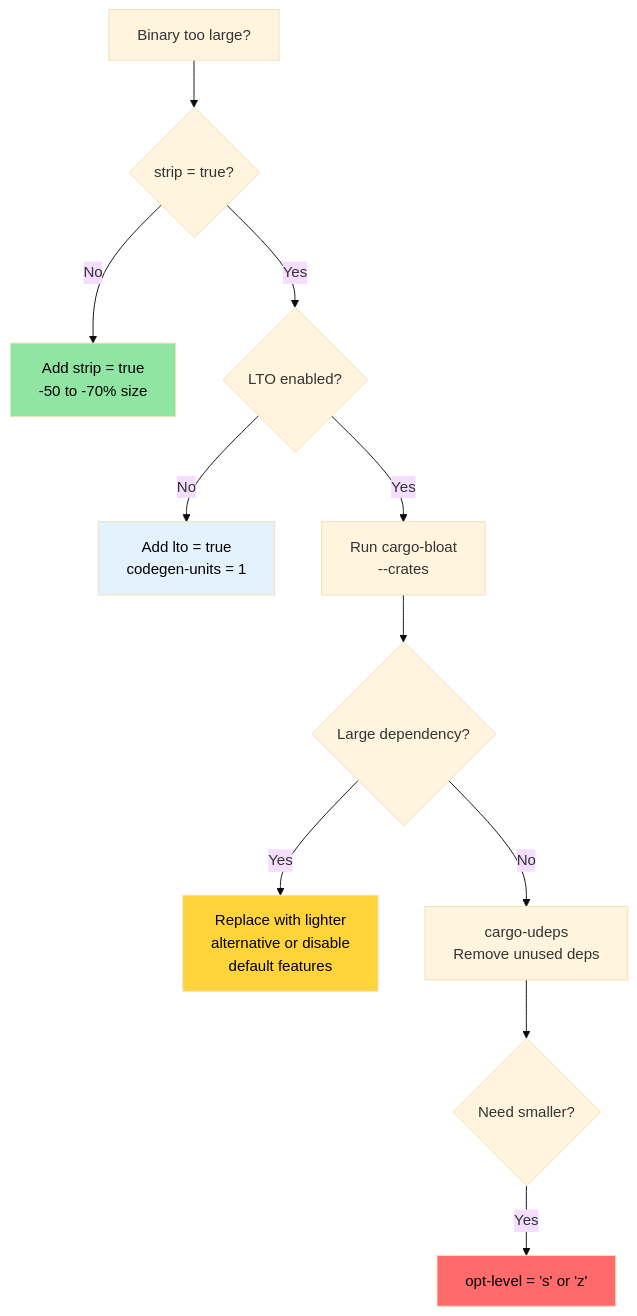
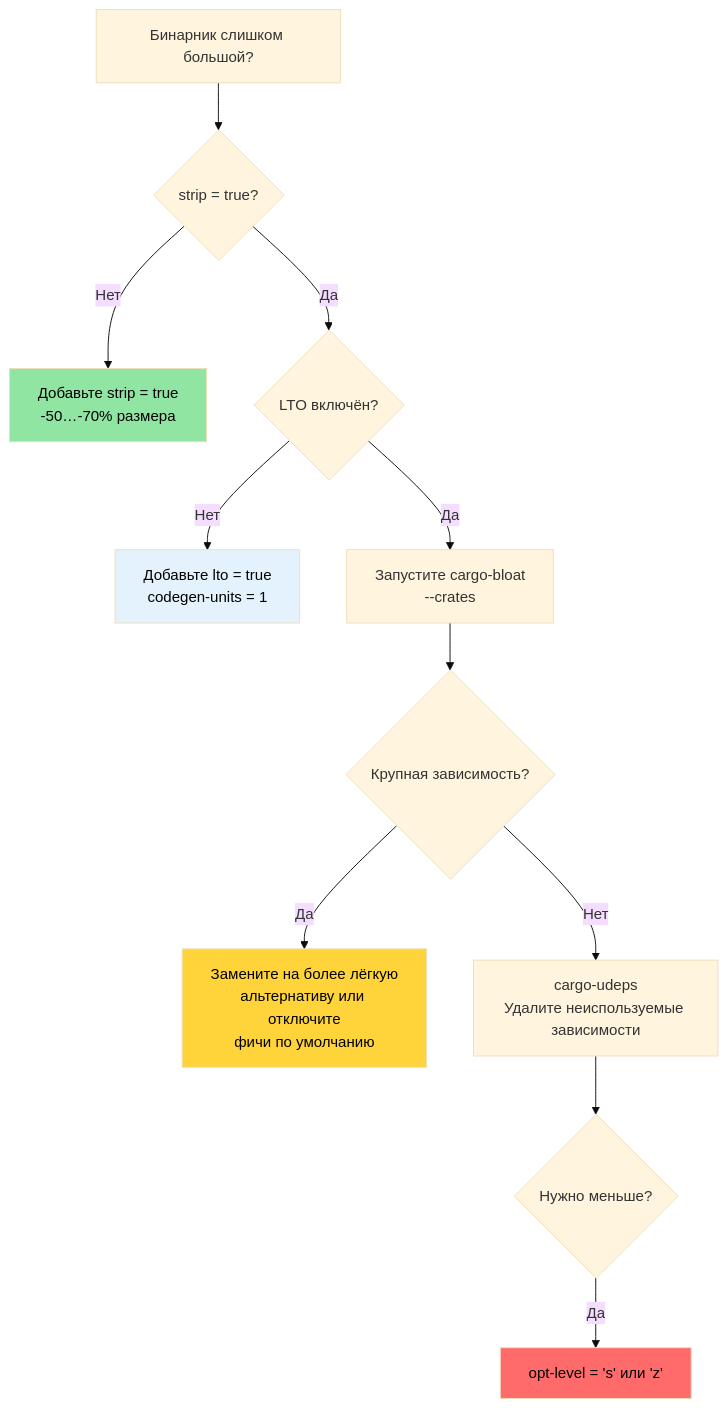
Before and after one commit to r007/RustTraining-Rus: the diagram in engineering-book/src/ch07-release-profiles-and-binary-size.md, drawn with Mermaid (base theme). The commit also changed other lines of this file and 7 other files, not shown here.

````diff
--- a/engineering-book/src/ch07-release-profiles-and-binary-size.md
+++ b/engineering-book/src/ch07-release-profiles-and-binary-size.md
@@ -252,18 +252,18 @@
 ```mermaid
 flowchart TD
-    START["Binary too large?"] --> STRIP{"strip = true?"}
-    STRIP -->|"No"| DO_STRIP["Add strip = true<br/>-50 to -70% size"]
-    STRIP -->|"Yes"| LTO{"LTO enabled?"}
-    LTO -->|"No"| DO_LTO["Add lto = true<br/>codegen-units = 1"]
-    LTO -->|"Yes"| BLOAT["Run cargo-bloat<br/>--crates"]
-    BLOAT --> BIG_DEP{"Large dependency?"}
-    BIG_DEP -->|"Yes"| REPLACE["Replace with lighter<br/>alternative or disable<br/>default features"]
-    BIG_DEP -->|"No"| UDEPS["cargo-udeps<br/>Remove unused deps"]
-    UDEPS --> OPT_LEVEL{"Need smaller?"}
-    OPT_LEVEL -->|"Yes"| SIZE_OPT["opt-level = 's' or 'z'"]
+    START["Бинарник слишком большой?"] --> STRIP{"strip = true?"}
+    STRIP -->|"Нет"| DO_STRIP["Добавьте strip = true<br/>-50…-70% размера"]
+    STRIP -->|"Да"| LTO{"LTO включён?"}
+    LTO -->|"Нет"| DO_LTO["Добавьте lto = true<br/>codegen-units = 1"]
+    LTO -->|"Да"| BLOAT["Запустите cargo-bloat<br/>--crates"]
+    BLOAT --> BIG_DEP{"Крупная зависимость?"}
+    BIG_DEP -->|"Да"| REPLACE["Замените на более лёгкую<br/>альтернативу или отключите<br/>фичи по умолчанию"]
+    BIG_DEP -->|"Нет"| UDEPS["cargo-udeps<br/>Удалите неиспользуемые зависимости"]
+    UDEPS --> OPT_LEVEL{"Нужно меньше?"}
+    OPT_LEVEL -->|"Да"| SIZE_OPT["opt-level = 's' или 'z'"]
 
     style DO_STRIP fill:#91e5a3,color:#000
     style DO_LTO fill:#e3f2fd,color:#000
     style REPLACE fill:#ffd43b,color:#000
     style SIZE_OPT fill:#ff6b6b,color:#000
 ```
````
